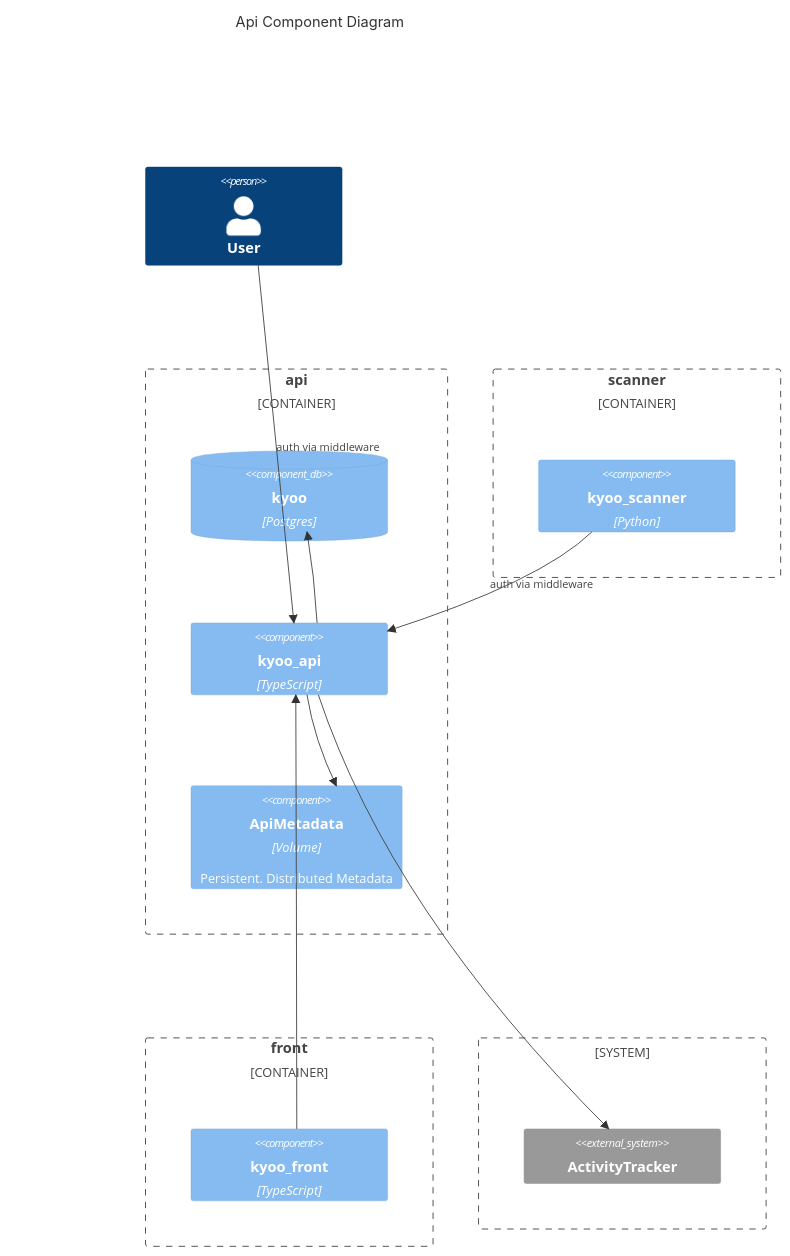
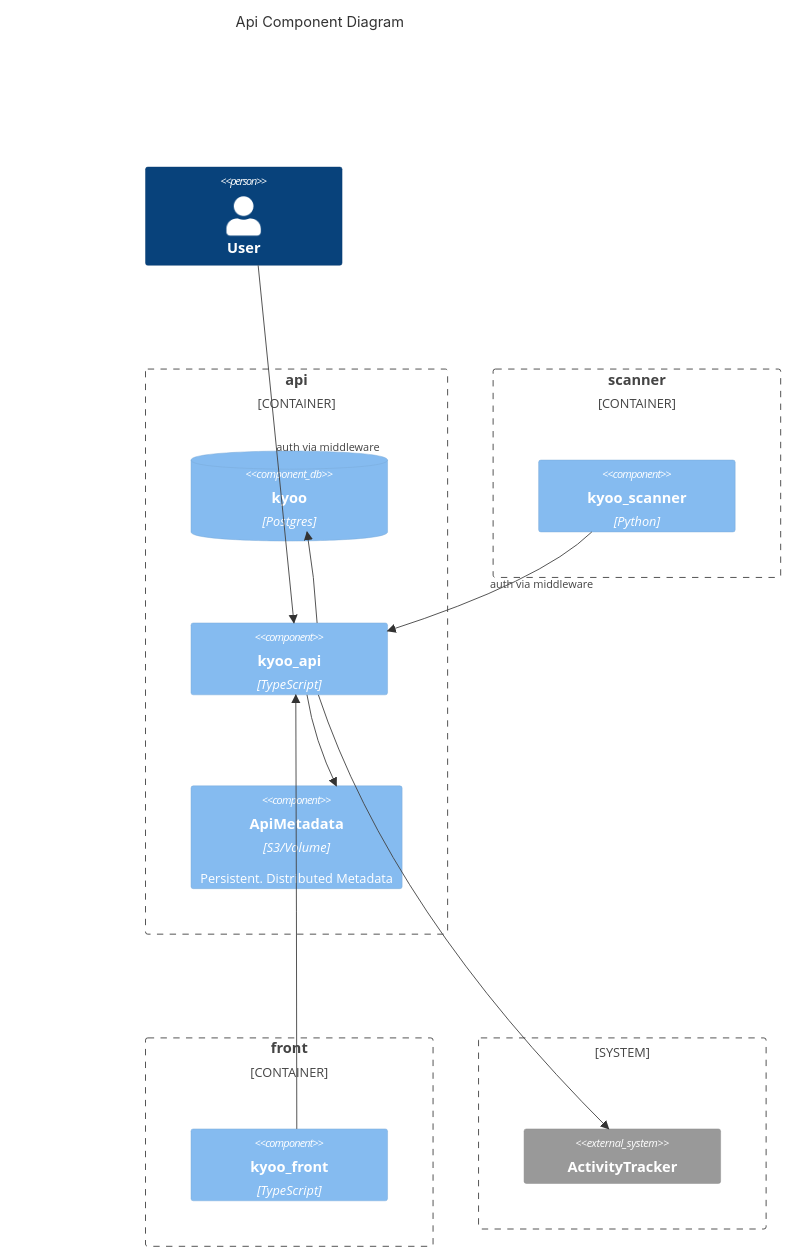
One commit to zoriya/Kyoo changed the fifth of 8 diagrams in DIAGRAMS.md. Above: the diagram before and after it, drawn with Mermaid. The commit also changed other lines of this file, not shown here.

Commit message:
update metadata storage + scanner docs

````diff
--- a/DIAGRAMS.md
+++ b/DIAGRAMS.md
@@ -140,30 +139,30 @@
 ```mermaid
 C4Component
   UpdateLayoutConfig($c4ShapeInRow="2", $c4BoundaryInRow="2")
   
   title Api Component Diagram
 
   Person(user, "User")
   Container_Boundary(api, "api") {
     ComponentDb(api_db1, "kyoo", "Postgres", "")
     Component(api_c1, "kyoo_api", "TypeScript", "")
-    Component(api_c2, "ApiMetadata", "Volume", "Persistent. Distributed Metadata")
+    Component(api_c2, "ApiMetadata", "S3/Volume", "Persistent. Distributed Metadata")
   }
   Container_Boundary(scanner, "scanner") {
     Component(scanner_c1, "kyoo_scanner", "Python", "")
   }
   Container_Boundary(front, "front") {
     Component(front_c1, "kyoo_front", "TypeScript", "")
   }
 
   System_Boundary(external, "") {
     System_Ext(tracker, "ActivityTracker", "")
   }
 
   Rel(user, api_c1, "auth via middleware")
   Rel(api_c1, api_db1, "")
   Rel(api_c1, api_c2, "")
   Rel(api_c1, tracker, "")
   Rel(scanner_c1, api_c1, "auth via middleware")
   Rel(front_c1, api_c1, "")
 ```
````
